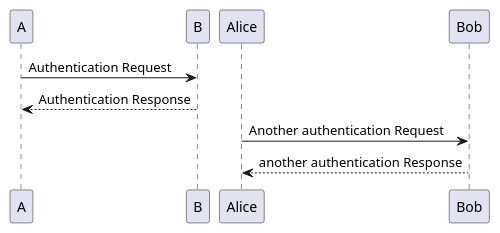
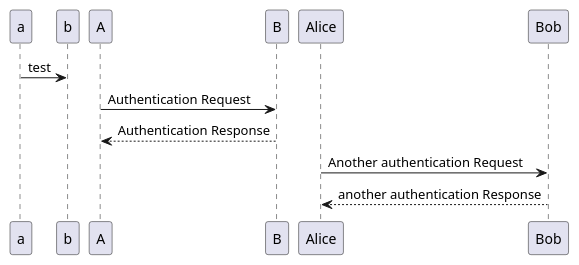
The second of 3 diagrams in Test.puml (apple2apple/puml), drawn with PlantUML before and after one commit.

```diff
--- a/Test.puml
+++ b/Test.puml
@@ -10,9 +10,9 @@
 @startuml
-
+ a -> b: test
 
 A -> B: Authentication Request
 B --> A: Authentication Response
 
 Alice -> Bob: Another authentication Request
 Alice <-- Bob: another authentication Response
 @enduml
```
